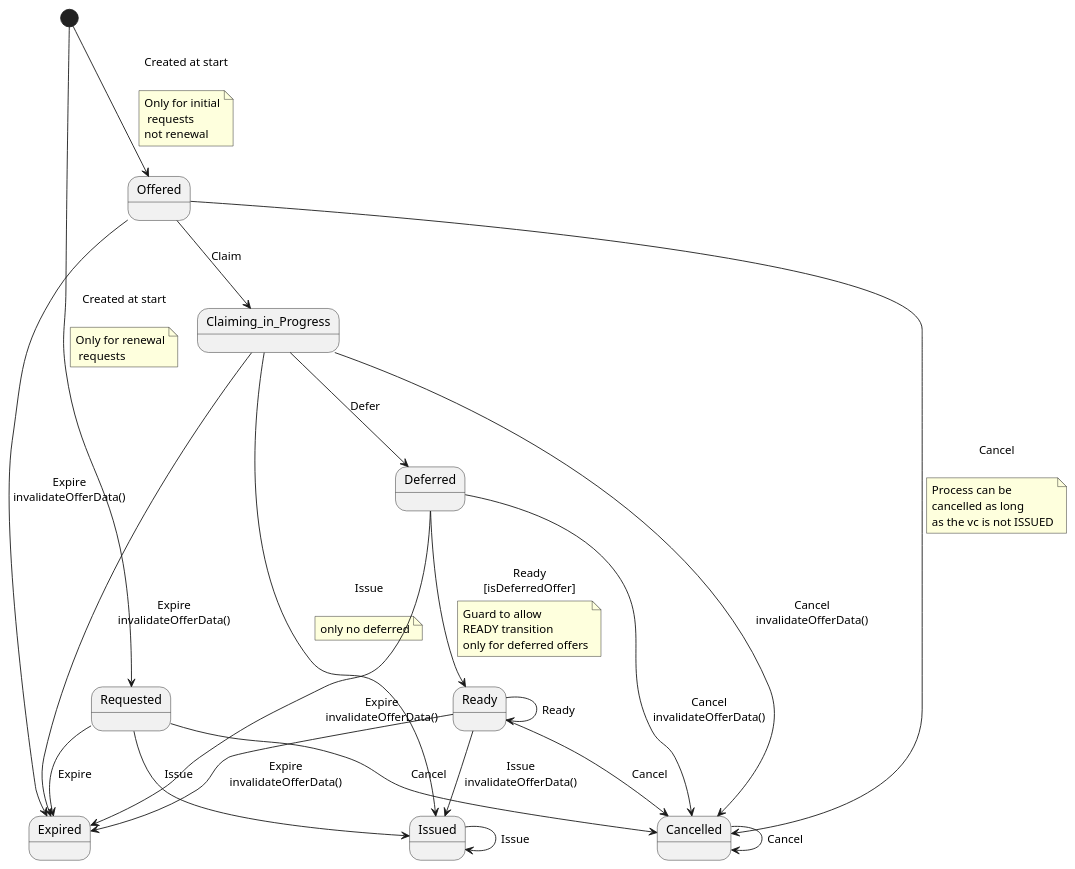
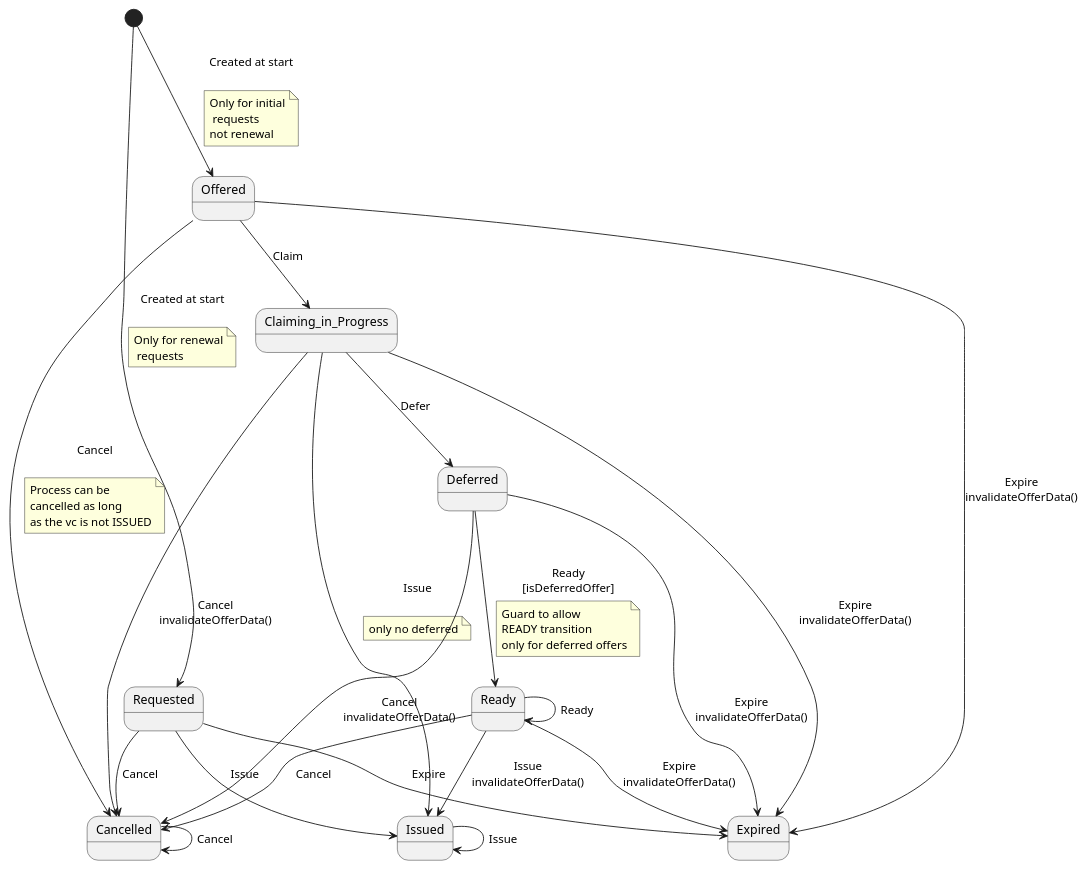
The diagram in issuer-service/src/main/resources/plantuml/credentialOfferStateMachine.puml (swiyu-admin-ch/swiyu-issuer), drawn with PlantUML before and after one commit. The commit also changed other lines of this file and 12 other files, not shown here.

```diff
--- a/issuer-service/src/main/resources/plantuml/credentialOfferStateMachine.puml
+++ b/issuer-service/src/main/resources/plantuml/credentialOfferStateMachine.puml
@@ -1,58 +1,58 @@
 @startuml
+state Expired
+state Claiming_in_Progress
+state Ready
+state Issued
+state Cancelled
+state Requested
 state Offered
 state Deferred
-state Claiming_in_Progress
-state Issued
-state Requested
-state Expired
-state Ready
-state Cancelled
 [*] --> Offered : Created at start\n
 note on link
 Only for initial
  requests
 not renewal
 end note
 
 [*] --> Requested : Created at start\n
 note on link
 Only for renewal
  requests
 end note
 
 Requested --> Issued : Issue
 Requested --> Cancelled : Cancel
 Requested --> Expired : Expire
 Offered --> Cancelled : Cancel\n
 note on link
 Process can be
 cancelled as long
 as the vc is not ISSUED
 end note
 
 Offered --> Expired : Expire\ninvalidateOfferData()
 Offered --> Claiming_in_Progress : Claim
 Claiming_in_Progress --> Expired : Expire\ninvalidateOfferData()
 Claiming_in_Progress --> Deferred : Defer
 Claiming_in_Progress --> Issued : Issue\n
 note on link
 only no deferred
 end note
 
 Claiming_in_Progress --> Cancelled : Cancel\ninvalidateOfferData()
 Deferred --> Ready : Ready\n[isDeferredOffer]
 note on link
 Guard to allow
 READY transition
 only for deferred offers
 end note
 
 Deferred --> Expired : Expire\ninvalidateOfferData()
 Deferred --> Cancelled : Cancel\ninvalidateOfferData()
 Ready --> Issued : Issue\ninvalidateOfferData()
 Ready --> Expired : Expire\ninvalidateOfferData()
 Ready --> Cancelled : Cancel
 Ready --> Ready : Ready
 Issued --> Issued : Issue
 Cancelled --> Cancelled : Cancel
 @enduml
```
